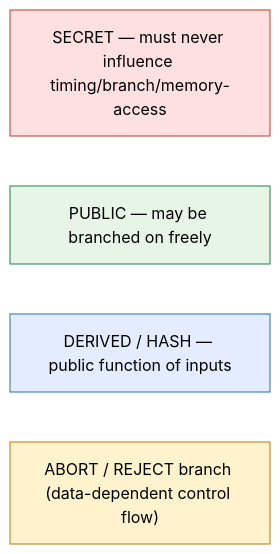
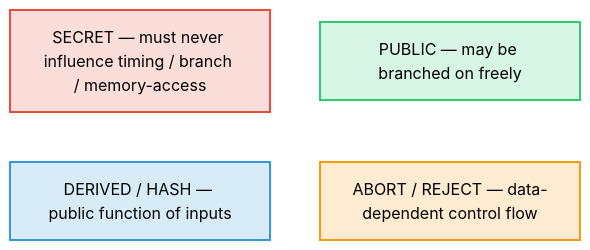
The first of 17 diagrams in docs/reference/41-visual-methods-and-security.md (pq-cybarg/ml-adsa-site), drawn with Mermaid (forest theme) before and after one commit. The commit also changed other lines of this file, not shown here.

First line of the commit message:
docs(41): theme-adaptive Mermaid colors + 2x2 legend grid

````diff
--- a/docs/reference/41-visual-methods-and-security.md
+++ b/docs/reference/41-visual-methods-and-security.md
@@ -19,11 +19,13 @@
 ```mermaid
 flowchart LR
-  s["SECRET — must never influence timing/branch/memory-access"]:::secret
+  s["SECRET — must never influence timing / branch / memory-access"]:::secret
   p["PUBLIC — may be branched on freely"]:::public
   d["DERIVED / HASH — public function of inputs"]:::derived
-  x["ABORT / REJECT branch (data-dependent control flow)"]:::danger
-  classDef secret fill:#ffe0e0,stroke:#c0392b,color:#000;
-  classDef public fill:#e6f5e6,stroke:#1e8449,color:#000;
-  classDef derived fill:#e3edff,stroke:#2471a3,color:#000;
-  classDef danger fill:#fff3cd,stroke:#b9770e,color:#000;
+  x["ABORT / REJECT — data-dependent control flow"]:::danger
+  s ~~~ p
+  d ~~~ x
+  classDef secret fill:#e74c3c30,stroke:#e74c3c,stroke-width:2px;
+  classDef public fill:#2ecc7130,stroke:#2ecc71,stroke-width:2px;
+  classDef derived fill:#3498db30,stroke:#3498db,stroke-width:2px;
+  classDef danger fill:#f39c1230,stroke:#f39c12,stroke-width:2px;
 ```
````
